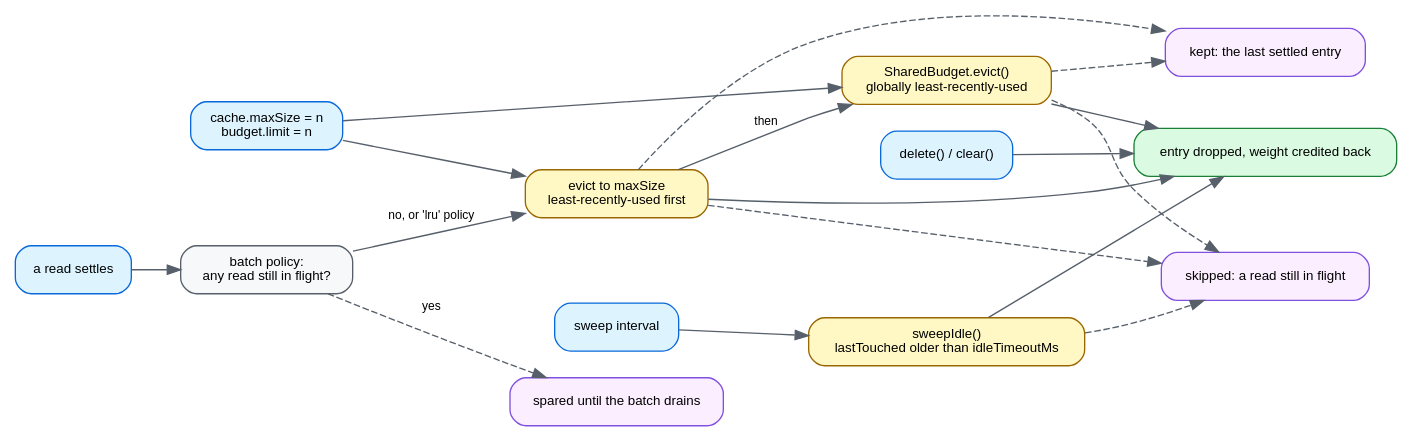
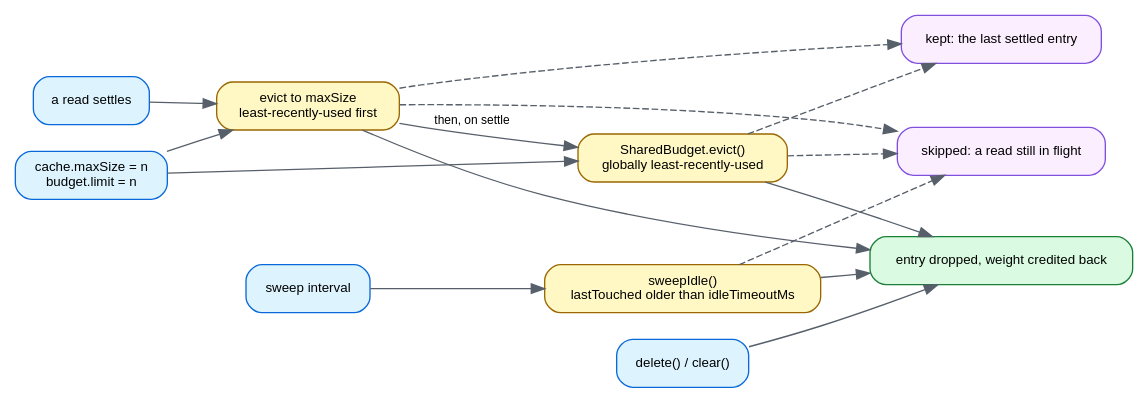
One commit to GMOD/shared-read-cache changed the diagram in docs/img/eviction.dot. Above: the diagram before and after it, drawn with Graphviz. The commit also changed 7 other files, not shown here.

First line of the commit message:
feat!: remove the batch eviction policy

```diff
--- a/docs/img/eviction.dot
+++ b/docs/img/eviction.dot
@@ -1,45 +1,41 @@
 // Source for docs/img/eviction.svg, which docs/memory.md embeds.
 // Regenerate with: dot -Tsvg docs/img/eviction.dot -o docs/img/eviction.svg
 //
 // The four ways an entry leaves, and what triggers each. The get() path itself
 // is img/dataflow.dot; same palette, and yellow means the same thing in both.
 digraph eviction {
   rankdir=LR
   bgcolor="white"
   nodesep=0.28
   ranksep=0.5
   node [shape=box style="filled,rounded" fillcolor="#f6f8fa" color="#57606a"
         fontname="Helvetica" fontsize=10 margin="0.14,0.07"]
   edge [color="#57606a" fontname="Helvetica" fontsize=9]
 
   settle  [label="a read settles" fillcolor="#ddf4ff" color="#0969da"]
   timer   [label="sweep interval" fillcolor="#ddf4ff" color="#0969da"]
   setmax  [label="cache.maxSize = n\nbudget.limit = n" fillcolor="#ddf4ff" color="#0969da"]
   manual  [label="delete() / clear()" fillcolor="#ddf4ff" color="#0969da"]
 
-  pendcheck [label="batch policy:\nany read still in flight?"]
   evict   [label="evict to maxSize\nleast-recently-used first" fillcolor="#fff8c5" color="#9a6700"]
   bevict  [label="SharedBudget.evict()\nglobally least-recently-used" fillcolor="#fff8c5" color="#9a6700"]
   sweep   [label="sweepIdle()\nlastTouched older than idleTimeoutMs" fillcolor="#fff8c5" color="#9a6700"]
   gone    [label="entry dropped, weight credited back" fillcolor="#dafbe1" color="#1a7f37"]
   keep    [label="skipped: a read still in flight" fillcolor="#fbefff" color="#8250df"]
   last    [label="kept: the last settled entry" fillcolor="#fbefff" color="#8250df"]
-  spared  [label="spared until the batch drains" fillcolor="#fbefff" color="#8250df"]
 
-  settle -> pendcheck
-  pendcheck -> evict [label=" no, or 'lru' policy "]
-  pendcheck -> spared [style=dashed label=" yes "]
+  settle -> evict
   setmax -> evict
   setmax -> bevict
   timer -> sweep
-  evict -> bevict [label=" then "]
+  evict -> bevict [label=" then, on settle "]
   evict -> gone
   bevict -> gone
   sweep -> gone
   manual -> gone
   evict -> keep [style=dashed]
   bevict -> keep [style=dashed]
   sweep -> keep [style=dashed]
   evict -> last [style=dashed]
   bevict -> last [style=dashed]
 }
```
